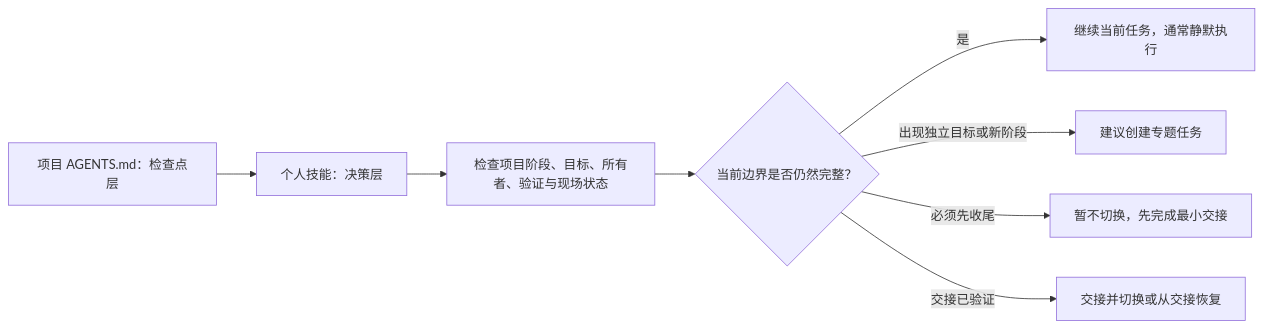
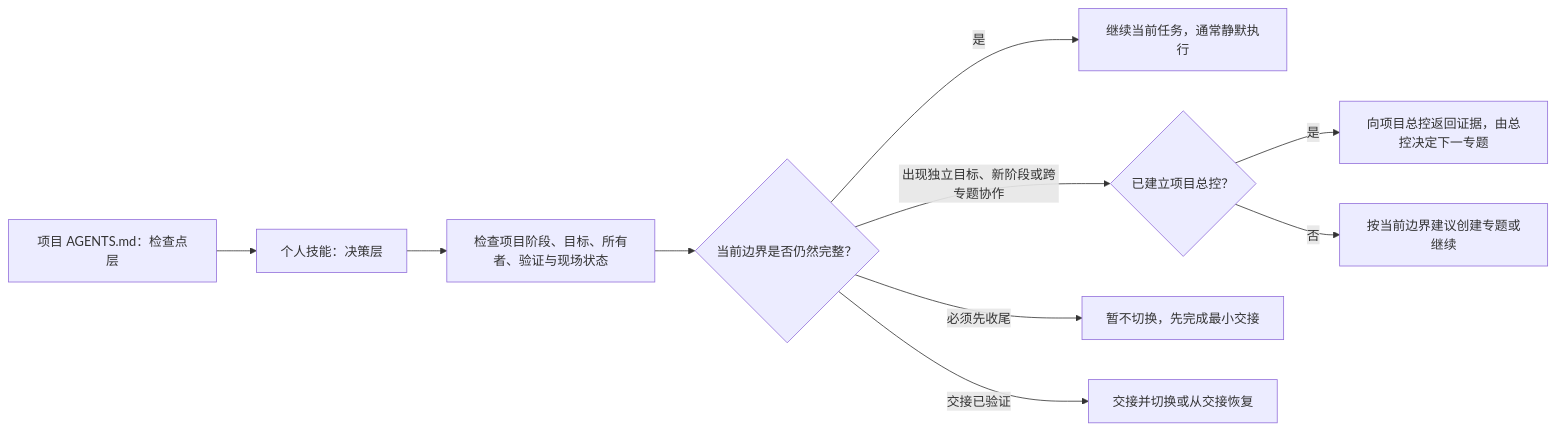
Before and after one commit to jamthy/manage-project-sessions: the diagram in README.md, drawn with Mermaid. The commit also changed other lines of this file and 6 other files, not shown here.

````diff
--- a/README.md
+++ b/README.md
@@ -22,10 +22,12 @@
 ```mermaid
 flowchart LR
     A["个人技能：决策层"] --> B["检查项目阶段、目标、所有者、验证与现场状态"]
     C["项目 AGENTS.md：检查点层"] --> A
     B --> D{"当前边界是否仍然完整？"}
     D -->|是| E["继续当前任务，通常静默执行"]
-    D -->|出现独立目标或新阶段| F["建议创建专题任务"]
+    D -->|出现独立目标、新阶段或跨专题协作| F{"已建立项目总控？"}
+    F -->|是| I["向项目总控返回证据，由总控决定下一专题"]
+    F -->|否| J["按当前边界建议创建专题或继续"]
     D -->|必须先收尾| G["暂不切换，先完成最小交接"]
     D -->|交接已验证| H["交接并切换或从交接恢复"]
 ```
````
